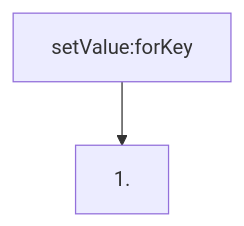
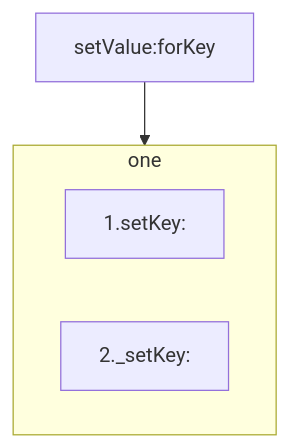
The diagram in 01-Coding/01-iOS/01-面试/01-OC/01-语法/03-KVC.md (627969687/LevelUp), drawn with Mermaid before and after one commit.

Commit message:
vault backup: 2024-12-13 01:32:14

````diff
--- a/01-Coding/01-iOS/01-面试/01-OC/01-语法/03-KVC.md
+++ b/01-Coding/01-iOS/01-面试/01-OC/01-语法/03-KVC.md
@@ -47,4 +47,8 @@
 ```mermaid
 graph TD
-	setValue:forKey --> 1.
+	setValue:forKey --> one
+	subgraph one
+	1.setKey:
+	2._setKey:
+	end
 ```
````
